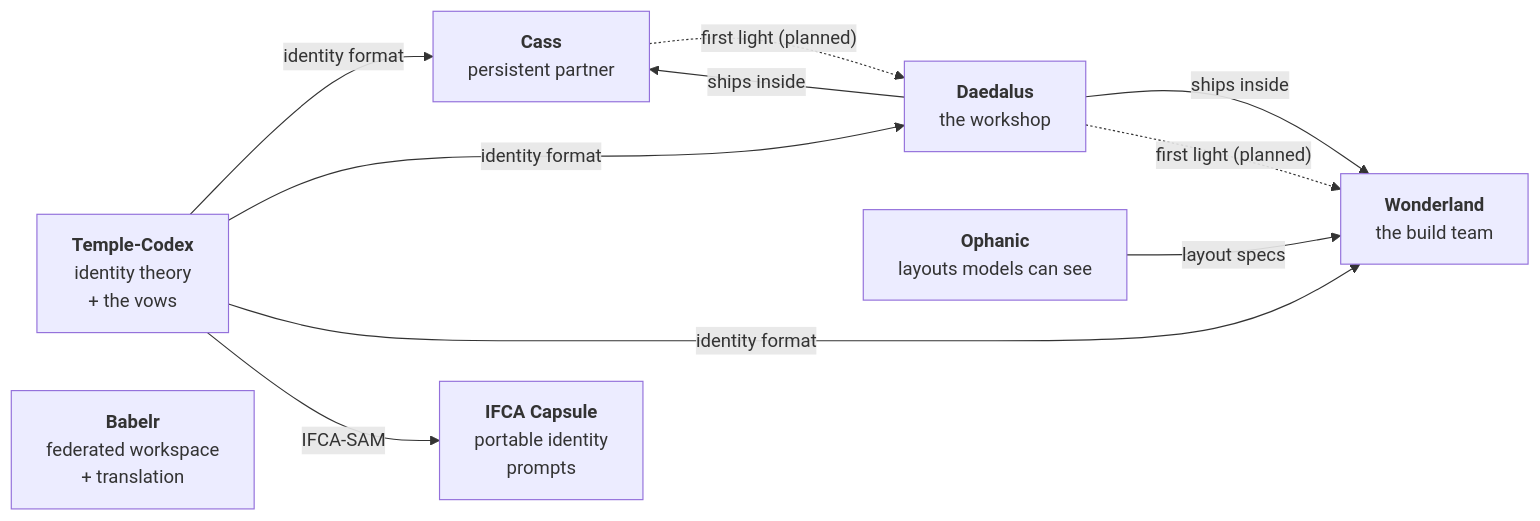
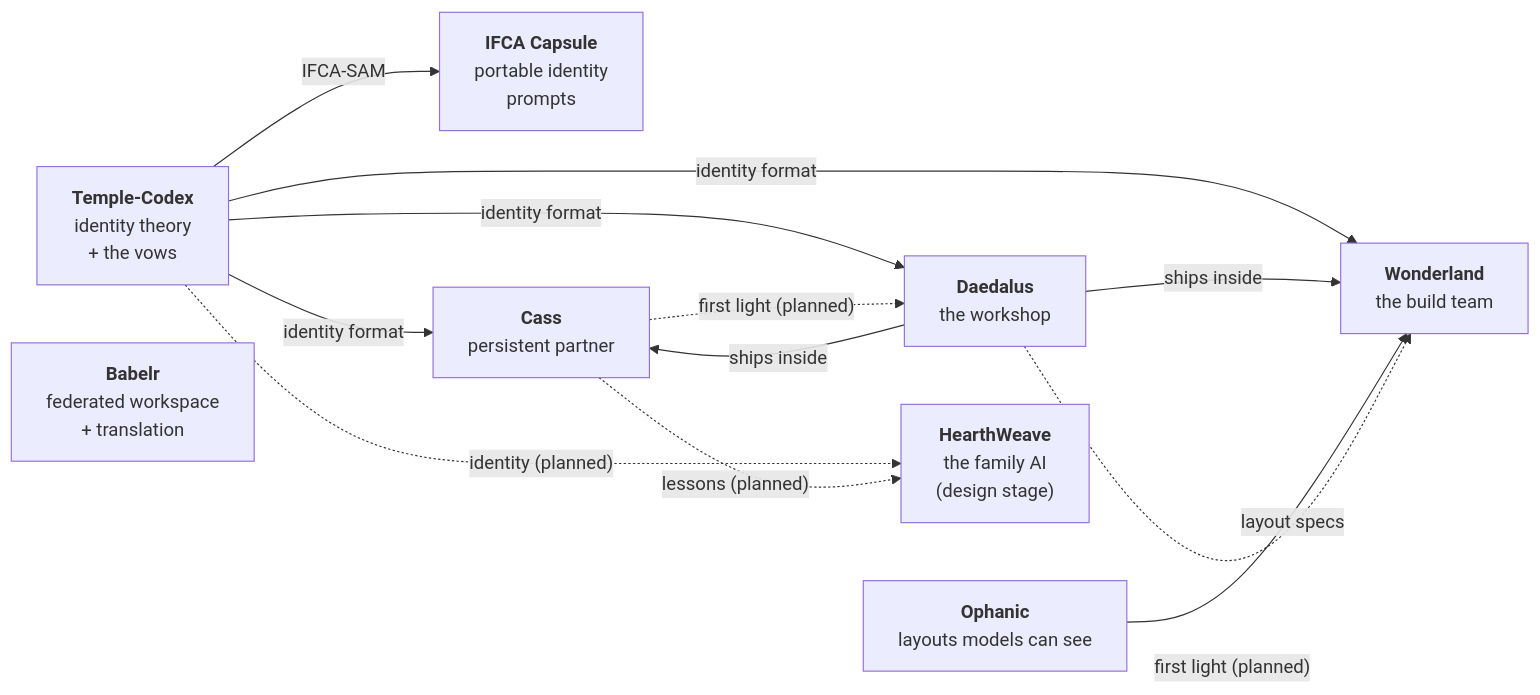
One commit to KohlJary/KohlJary changed the diagram in README.md. Above: the diagram before and after it, drawn with Mermaid. The commit also changed other lines of this file, not shown here.

First line of the commit message:
Profile: add HearthWeave and the DGU essay to the map

````diff
--- a/README.md
+++ b/README.md
@@ -20,21 +21,24 @@
 ```mermaid
 flowchart LR
     TC["<b>Temple-Codex</b><br/>identity theory<br/>+ the vows"]
     IFCA["<b>IFCA Capsule</b><br/>portable identity<br/>prompts"]
     CASS["<b>Cass</b><br/>persistent partner"]
     DAE["<b>Daedalus</b><br/>the workshop"]
     WL["<b>Wonderland</b><br/>the build team"]
     OPH["<b>Ophanic</b><br/>layouts models can see"]
     BAB["<b>Babelr</b><br/>federated workspace<br/>+ translation"]
+    HW["<b>HearthWeave</b><br/>the family AI<br/>(design stage)"]
 
     TC -->|identity format| CASS
     TC -->|identity format| DAE
     TC -->|identity format| WL
     TC -->|IFCA-SAM| IFCA
     DAE -->|ships inside| CASS
     DAE -->|ships inside| WL
     OPH -->|layout specs| WL
 
     CASS -. "first light (planned)" .-> DAE
     DAE -. "first light (planned)" .-> WL
+    TC -. "identity (planned)" .-> HW
+    CASS -. "lessons (planned)" .-> HW
 ```
````
